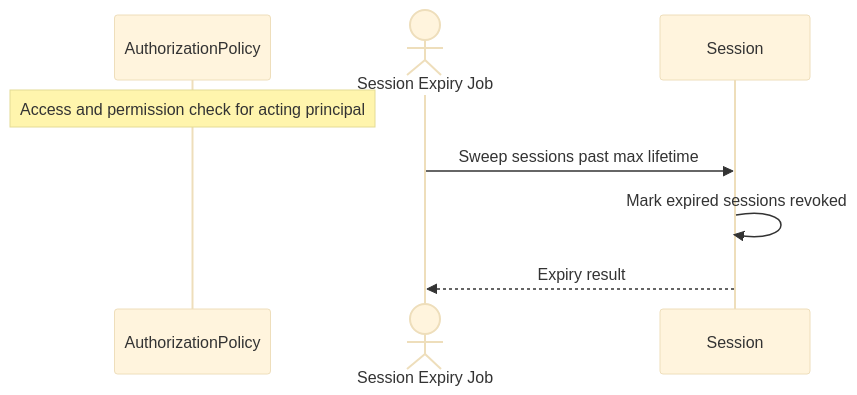
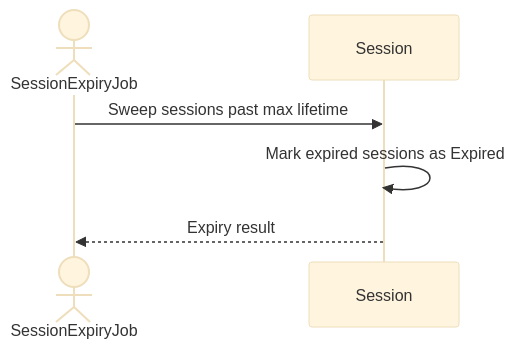
Before and after one commit to ChidiRnweke/margin: the fourth of 7 diagrams in architecture/sequence-diagrams/01-auth-profile.md, drawn with Mermaid (base theme). The commit also changed other lines of this file and 12 other files, not shown here.

Commit message:
Enhance sequence diagrams and introduce traceability matrix

````diff
--- a/architecture/sequence-diagrams/01-auth-profile.md
+++ b/architecture/sequence-diagrams/01-auth-profile.md
@@ -53,10 +66,8 @@
 ```mermaid
 sequenceDiagram
-    participant G as AuthorizationPolicy
-    Note over G: Access and permission check for acting principal
-    actor J as Session Expiry Job
+    actor J as SessionExpiryJob
     participant S as Session
     J->>S: Sweep sessions past max lifetime
-    S->>S: Mark expired sessions revoked
+    S->>S: Mark expired sessions as Expired
     S-->>J: Expiry result
 ```
````
